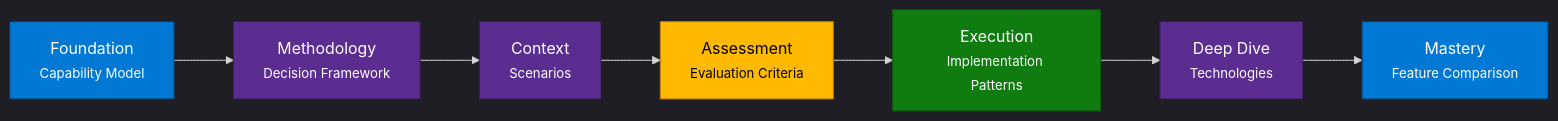
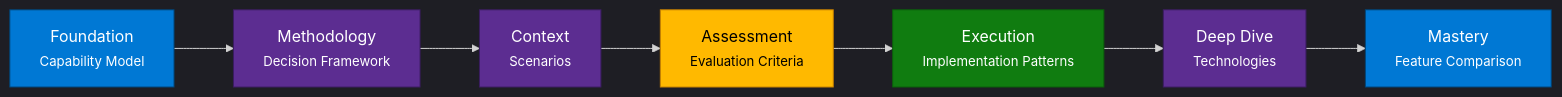
The first of 2 diagrams in README.md (microsoft/Microsoft-AI-Decision-Framework), drawn with Mermaid before and after one commit. The commit also changed other lines of this file and 1 other file, not shown here.

Commit message:
Remove useMaxWidth from Mermaid init, improve CSS width overrides
- Remove useMaxWidth from Mermaid flowchart configs (causes inline max-width)
- Remove wrappingWidth that's no longer needed
- Add global .mermaid selector with width/max-width 100% !important
- Target svg[id^='mermaid-'] to override inline max-width styles
- Let CSS fully control diagram width instead of Mermaid's calculations

````diff
--- a/README.md
+++ b/README.md
@@ -61,21 +61,21 @@
 ```mermaid
-%%{init: {'theme':'dark','flowchart': {'useMaxWidth': true, 'nodeSpacing': 100, 'rankSpacing': 60, 'diagramPadding': 20, 'htmlLabels': true, 'wrappingWidth': 150}}}%%
+%%{init: {'theme':'dark','flowchart': {'nodeSpacing': 100, 'rankSpacing': 60, 'diagramPadding': 20, 'htmlLabels': true}}}%%
 flowchart LR
         F["Foundation<br><small>Capability Model</small>"] --> M["Methodology<br><small>Decision Framework</small>"] --> C["Context<br><small>Scenarios</small>"] --> A["Assessment<br><small>Evaluation Criteria</small>"] --> E["Execution<br><small>Implementation Patterns</small>"] --> D["Deep Dive<br><small>Technologies</small>"] --> MS["Mastery<br><small>Feature Comparison</small>"]
 
         click F "{{ site.baseurl }}/docs/capability-model" "Open Capability Model" _self
         click M "{{ site.baseurl }}/docs/decision-framework" "Open Decision Framework" _self
         click C "{{ site.baseurl }}/docs/scenarios" "Open Scenarios" _self
         click A "{{ site.baseurl }}/docs/evaluation-criteria" "Open Evaluation Criteria" _self
         click E "{{ site.baseurl }}/docs/implementation-patterns" "Open Implementation Patterns" _self
         click D "{{ site.baseurl }}/docs/technologies" "Open Technologies" _self
         click MS "{{ site.baseurl }}/docs/feature-comparison" "Open Feature Comparison" _self
 
         style F fill:#0078D4,stroke:#004578,color:#fff
         style M fill:#5C2D91,stroke:#3B1D61,color:#fff
         style C fill:#5C2D91,stroke:#3B1D61,color:#fff
         style A fill:#FFB900,stroke:#C47F00,color:#000
         style E fill:#107C10,stroke:#0B5E0B,color:#fff
         style D fill:#5C2D91,stroke:#3B1D61,color:#fff
         style MS fill:#0078D4,stroke:#004578,color:#fff
 ```
````
